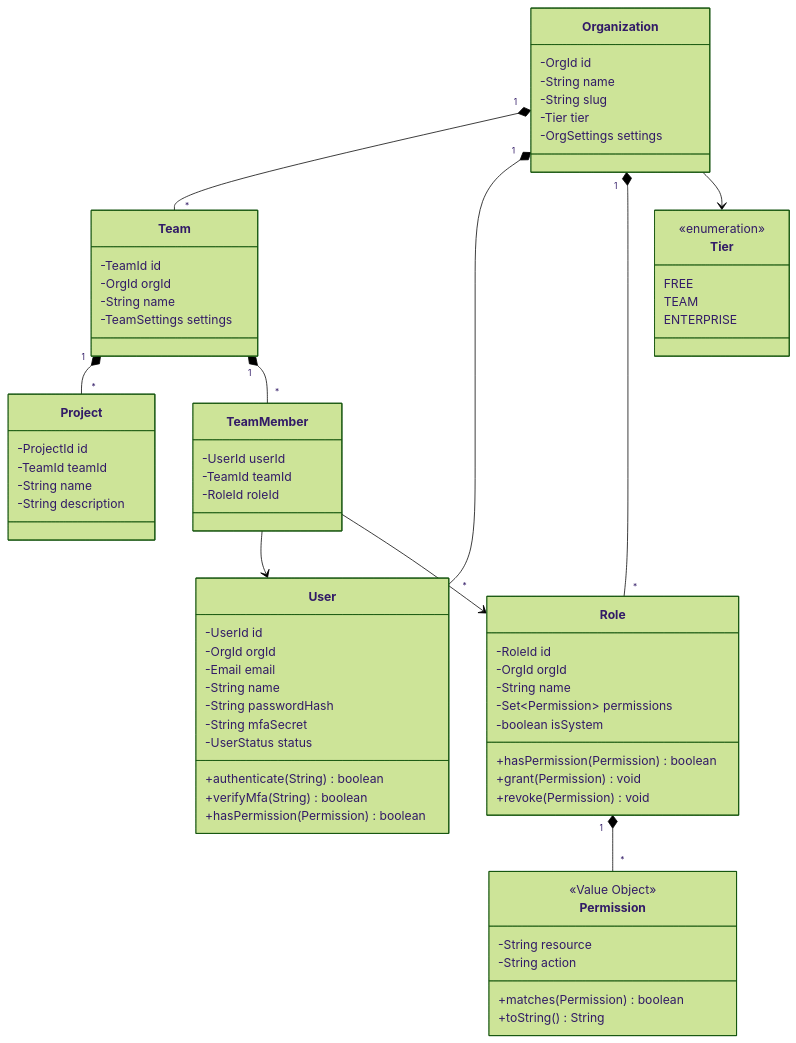
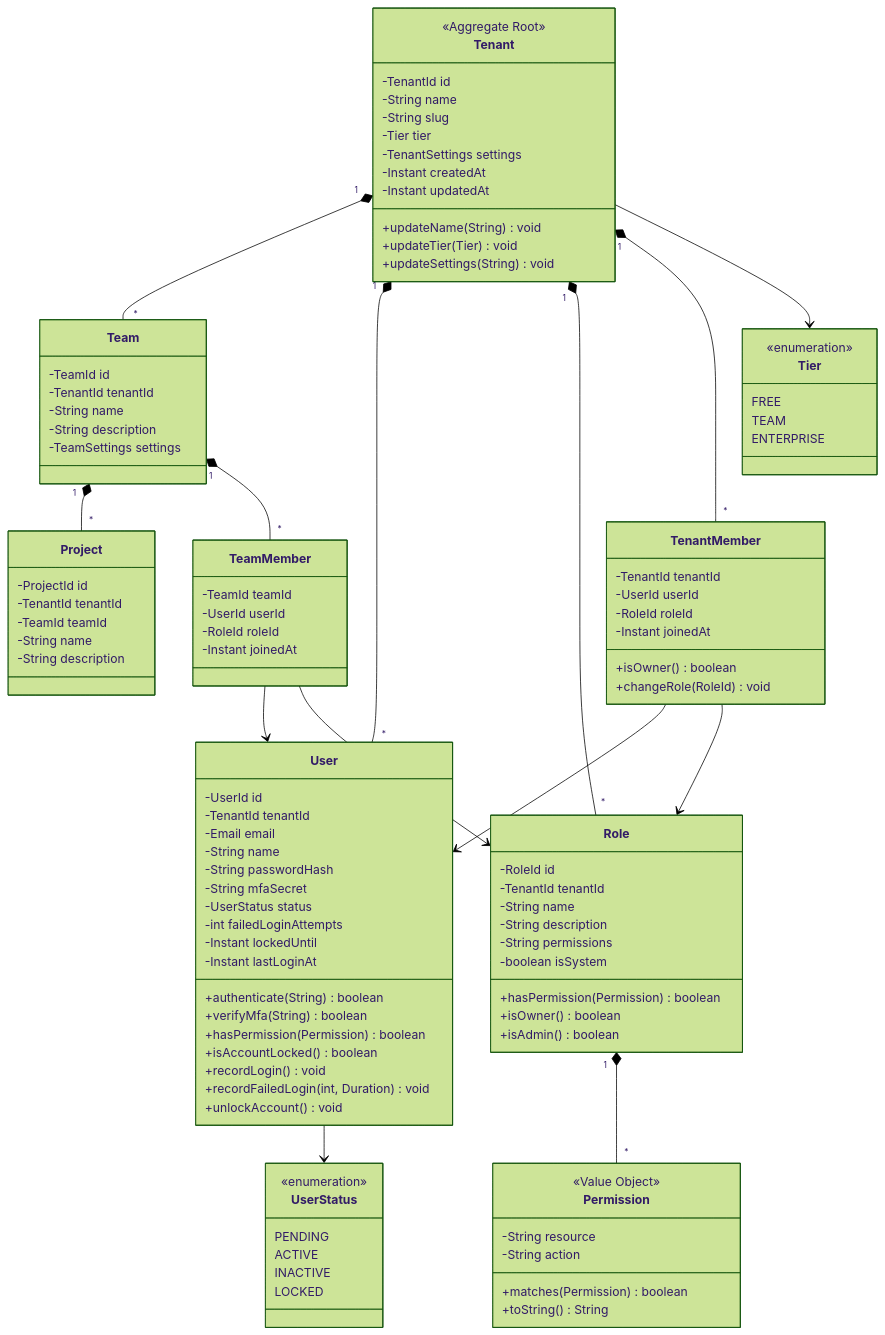
Before and after one commit to Abhishekkumar2021/Pravah: the fifth of 8 diagrams in docs/lld/05-class-diagrams.md, drawn with Mermaid (forest theme). The commit also changed other lines of this file and 61 other files, not shown here.

````diff
--- a/docs/lld/05-class-diagrams.md
+++ b/docs/lld/05-class-diagrams.md
@@ -542,22 +542,30 @@
 ```mermaid
 classDiagram
-    class Organization {
-        -OrgId id
+    class Tenant {
+        <<Aggregate Root>>
+        -TenantId id
         -String name
         -String slug
         -Tier tier
-        -OrgSettings settings
+        -TenantSettings settings
+        -Instant createdAt
+        -Instant updatedAt
+        +updateName(String) void
+        +updateTier(Tier) void
+        +updateSettings(String) void
     }
     
     class Team {
         -TeamId id
-        -OrgId orgId
+        -TenantId tenantId
         -String name
+        -String description
         -TeamSettings settings
     }
     
     class Project {
         -ProjectId id
+        -TenantId tenantId
         -TeamId teamId
         -String name
         -String description
@@ -565,32 +573,50 @@
     
     class User {
         -UserId id
-        -OrgId orgId
+        -TenantId tenantId
         -Email email
         -String name
         -String passwordHash
         -String mfaSecret
         -UserStatus status
+        -int failedLoginAttempts
+        -Instant lockedUntil
+        -Instant lastLoginAt
         +authenticate(String) boolean
         +verifyMfa(String) boolean
         +hasPermission(Permission) boolean
+        +isAccountLocked() boolean
+        +recordLogin() void
+        +recordFailedLogin(int, Duration) void
+        +unlockAccount() void
     }
     
     class Role {
         -RoleId id
-        -OrgId orgId
+        -TenantId tenantId
         -String name
-        -Set~Permission~ permissions
+        -String description
+        -String permissions
         -boolean isSystem
         +hasPermission(Permission) boolean
-        +grant(Permission) void
-        +revoke(Permission) void
+        +isOwner() boolean
+        +isAdmin() boolean
+    }
+    
+    class TenantMember {
+        -TenantId tenantId
+        -UserId userId
+        -RoleId roleId
+        -Instant joinedAt
+        +isOwner() boolean
+        +changeRole(RoleId) void
     }
     
     class TeamMember {
+        -TeamId teamId
         -UserId userId
-        -TeamId teamId
         -RoleId roleId
+        -Instant joinedAt
     }
     
     class Permission {
@@ -608,13 +634,25 @@
         ENTERPRISE
     }
     
-    Organization "1" *-- "*" Team
-    Organization "1" *-- "*" User
-    Organization "1" *-- "*" Role
+    class UserStatus {
+        <<enumeration>>
+        PENDING
+        ACTIVE
+        INACTIVE
+        LOCKED
+    }
+    
+    Tenant "1" *-- "*" Team
+    Tenant "1" *-- "*" User
+    Tenant "1" *-- "*" Role
+    Tenant "1" *-- "*" TenantMember
     Team "1" *-- "*" Project
     Team "1" *-- "*" TeamMember
+    TenantMember --> User
+    TenantMember --> Role
     TeamMember --> User
     TeamMember --> Role
-    Organization --> Tier
+    Tenant --> Tier
+    User --> UserStatus
     Role "1" *-- "*" Permission
 ```
````
